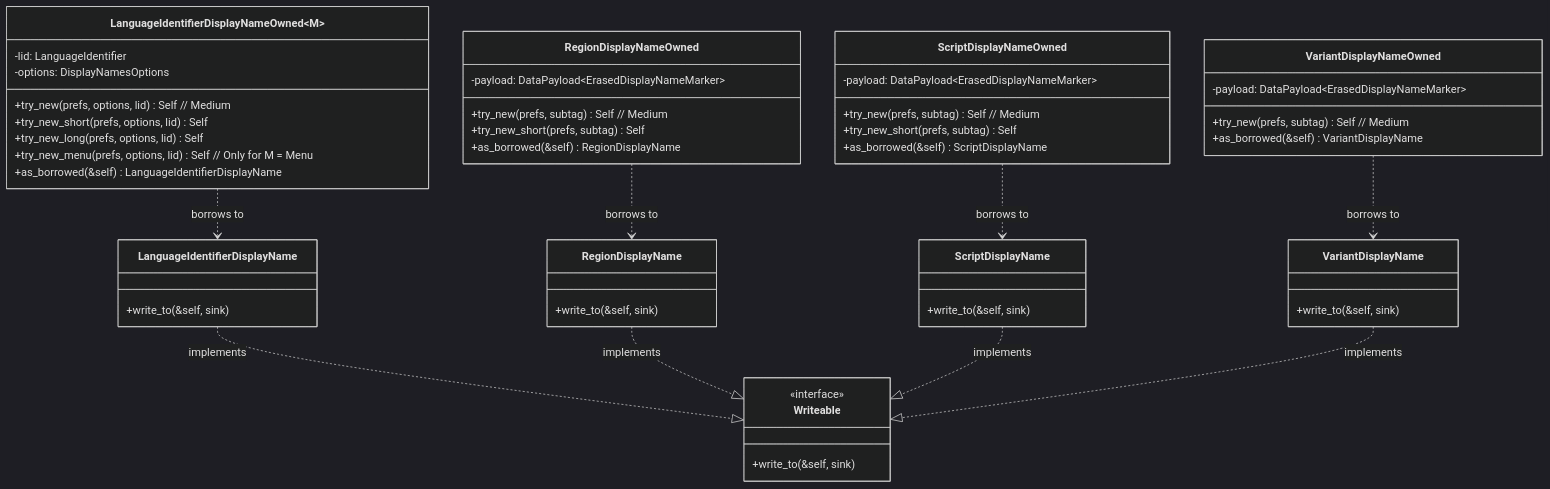
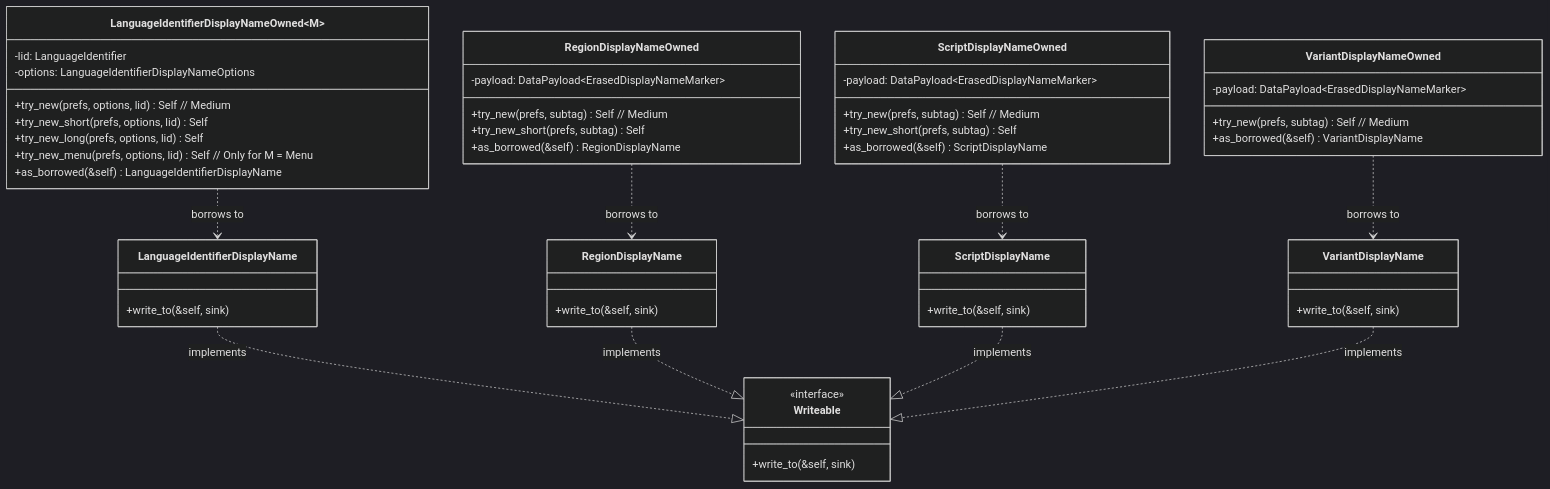
The diagram in components/experimental/src/displaynames/single/README.md (unicode-org/icu4x), drawn with Mermaid (dark theme) before and after one commit. The commit also changed other lines of this file and 4 other files, not shown here.

First line of the commit message:
🤖 [displaynames] Introduce dedicated LanguageIdentifierDisplayNameOptions struct

````diff
--- a/components/experimental/src/displaynames/single/README.md
+++ b/components/experimental/src/displaynames/single/README.md
@@ -13,57 +13,57 @@
 ```mermaid
 classDiagram
     class Writeable {
         <<interface>>
         +write_to(&self, sink)
     }
 
     class LanguageIdentifierDisplayNameOwned~M~ {
         -lid: LanguageIdentifier
-        -options: DisplayNamesOptions
+        -options: LanguageIdentifierDisplayNameOptions
         +try_new(prefs, options, lid) Self  // Medium
         +try_new_short(prefs, options, lid) Self
         +try_new_long(prefs, options, lid) Self
         +try_new_menu(prefs, options, lid) Self // Only for M = Menu
         +as_borrowed(&self) LanguageIdentifierDisplayName
     }
     class LanguageIdentifierDisplayName {
         +write_to(&self, sink)
     }
     LanguageIdentifierDisplayNameOwned ..> LanguageIdentifierDisplayName : borrows to
     LanguageIdentifierDisplayName ..|> Writeable : implements
 
     class RegionDisplayNameOwned {
         -payload: DataPayload~ErasedDisplayNameMarker~
         +try_new(prefs, subtag) Self // Medium
         +try_new_short(prefs, subtag) Self
         +as_borrowed(&self) RegionDisplayName
     }
     class RegionDisplayName {
         +write_to(&self, sink)
     }
     RegionDisplayNameOwned ..> RegionDisplayName : borrows to
     RegionDisplayName ..|> Writeable : implements
 
     class ScriptDisplayNameOwned {
         -payload: DataPayload~ErasedDisplayNameMarker~
         +try_new(prefs, subtag) Self // Medium
         +try_new_short(prefs, subtag) Self
         +as_borrowed(&self) ScriptDisplayName
     }
     class ScriptDisplayName {
         +write_to(&self, sink)
     }
     ScriptDisplayNameOwned ..> ScriptDisplayName : borrows to
     ScriptDisplayName ..|> Writeable : implements
 
     class VariantDisplayNameOwned {
         -payload: DataPayload~ErasedDisplayNameMarker~
         +try_new(prefs, subtag) Self // Medium
         +as_borrowed(&self) VariantDisplayName
     }
     class VariantDisplayName {
         +write_to(&self, sink)
     }
     VariantDisplayNameOwned ..> VariantDisplayName : borrows to
     VariantDisplayName ..|> Writeable : implements
 ```
````
